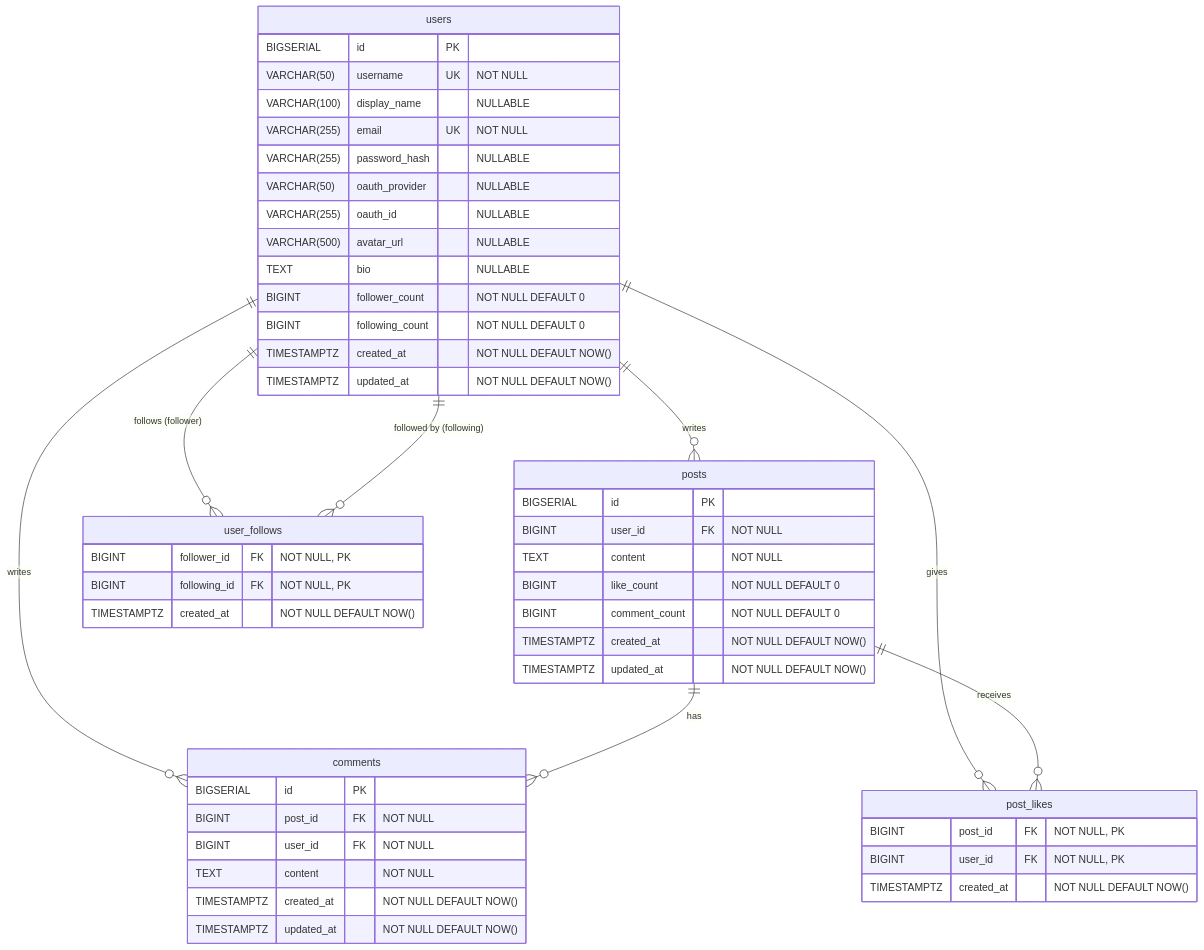
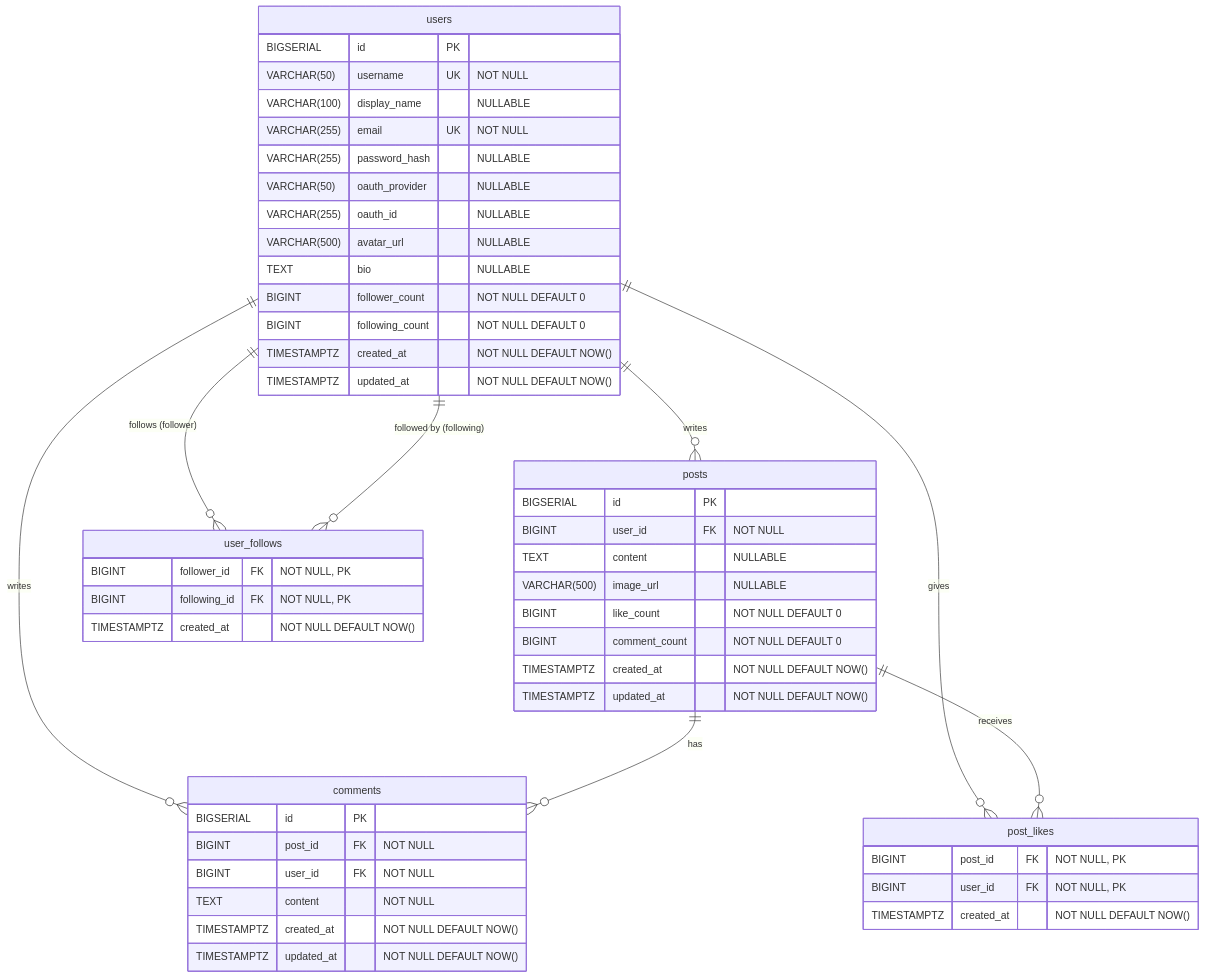
The diagram in docs/DB設計書.md (saki-nakata/TimeLine), drawn with Mermaid before and after one commit. The commit also changed other lines of this file and 37 other files, not shown here.

````diff
--- a/docs/DB設計書.md
+++ b/docs/DB設計書.md
@@ -28,57 +28,58 @@
 ```mermaid
 erDiagram
     users {
         BIGSERIAL id PK
         VARCHAR(50) username UK "NOT NULL"
         VARCHAR(100) display_name "NULLABLE"
         VARCHAR(255) email UK "NOT NULL"
         VARCHAR(255) password_hash "NULLABLE"
         VARCHAR(50) oauth_provider "NULLABLE"
         VARCHAR(255) oauth_id "NULLABLE"
         VARCHAR(500) avatar_url "NULLABLE"
         TEXT bio "NULLABLE"
         BIGINT follower_count "NOT NULL DEFAULT 0"
         BIGINT following_count "NOT NULL DEFAULT 0"
         TIMESTAMPTZ created_at "NOT NULL DEFAULT NOW()"
         TIMESTAMPTZ updated_at "NOT NULL DEFAULT NOW()"
     }
 
     posts {
         BIGSERIAL id PK
         BIGINT user_id FK "NOT NULL"
-        TEXT content "NOT NULL"
+        TEXT content "NULLABLE"
+        VARCHAR(500) image_url "NULLABLE"
         BIGINT like_count "NOT NULL DEFAULT 0"
         BIGINT comment_count "NOT NULL DEFAULT 0"
         TIMESTAMPTZ created_at "NOT NULL DEFAULT NOW()"
         TIMESTAMPTZ updated_at "NOT NULL DEFAULT NOW()"
     }
 
     comments {
         BIGSERIAL id PK
         BIGINT post_id FK "NOT NULL"
         BIGINT user_id FK "NOT NULL"
         TEXT content "NOT NULL"
         TIMESTAMPTZ created_at "NOT NULL DEFAULT NOW()"
         TIMESTAMPTZ updated_at "NOT NULL DEFAULT NOW()"
     }
 
     post_likes {
         BIGINT post_id FK "NOT NULL, PK"
         BIGINT user_id FK "NOT NULL, PK"
         TIMESTAMPTZ created_at "NOT NULL DEFAULT NOW()"
     }
 
     user_follows {
         BIGINT follower_id FK "NOT NULL, PK"
         BIGINT following_id FK "NOT NULL, PK"
         TIMESTAMPTZ created_at "NOT NULL DEFAULT NOW()"
     }
 
     users ||--o{ posts : "writes"
     users ||--o{ comments : "writes"
     users ||--o{ post_likes : "gives"
     users ||--o{ user_follows : "follows (follower)"
     users ||--o{ user_follows : "followed by (following)"
     posts ||--o{ comments : "has"
     posts ||--o{ post_likes : "receives"
 ```
````
